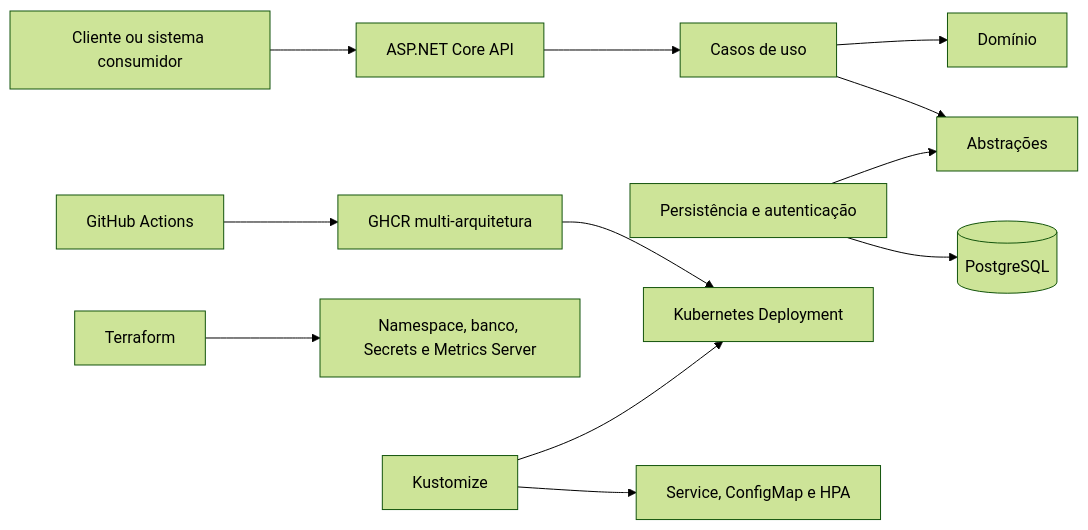
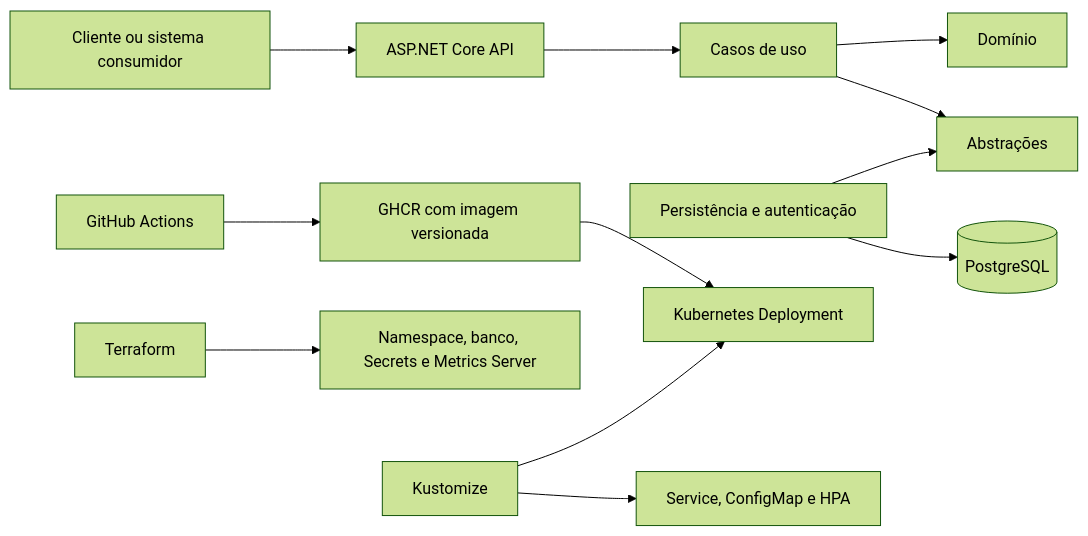
One commit to louistx/fiap-tech-challenge changed the diagram in README.md. Above: the diagram before and after it, drawn with Mermaid (forest theme). The commit also changed other lines of this file and 4 other files, not shown here.

````diff
--- a/README.md
+++ b/README.md
@@ -65,15 +65,15 @@
 ```mermaid
 flowchart LR
     Client[Cliente ou sistema consumidor] --> API[ASP.NET Core API]
     API --> Application[Casos de uso]
     Application --> Domain[Domínio]
     Application --> Contracts[Abstrações]
     Infrastructure[Persistência e autenticação] --> Contracts
     Infrastructure --> Database[(PostgreSQL)]
 
-    Actions[GitHub Actions] --> GHCR[GHCR multi-arquitetura]
+    Actions[GitHub Actions] --> GHCR[GHCR com imagem versionada]
     GHCR --> Deployment[Kubernetes Deployment]
     Terraform[Terraform] --> Dependencies[Namespace, banco, Secrets e Metrics Server]
     Kustomize[Kustomize] --> Deployment
     Kustomize --> Service[Service, ConfigMap e HPA]
 ```
````
